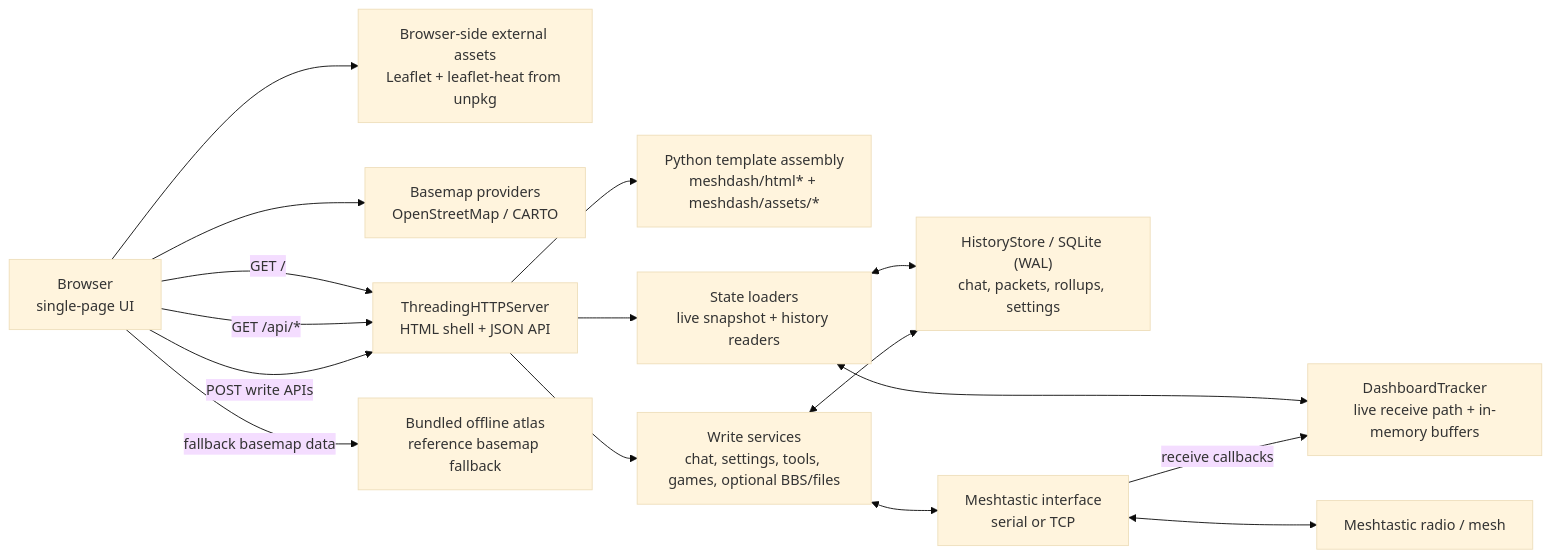
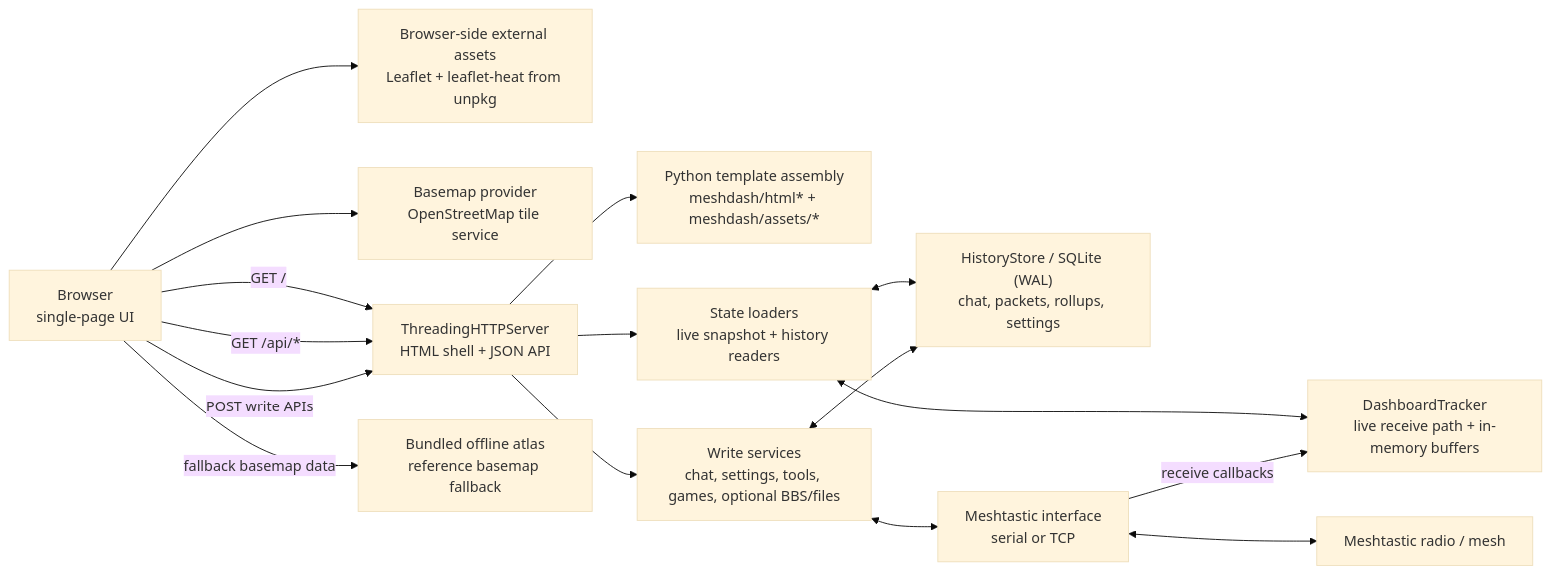
The diagram in README.md (NordicDevelopment-org/NDI_Meshface), drawn with Mermaid (base theme) before and after one commit. The commit also changed other lines of this file and 3 other files, not shown here.

Commit message:
Switch dark basemap from CARTO to OSM tiles

````diff
--- a/README.md
+++ b/README.md
@@ -43,31 +43,31 @@
 ```mermaid
 flowchart LR
   Browser["Browser<br/>single-page UI"]
   CDN["Browser-side external assets<br/>Leaflet + leaflet-heat from unpkg"]
-  Tiles["Basemap providers<br/>OpenStreetMap / CARTO"]
+  Tiles["Basemap provider<br/>OpenStreetMap tile service"]
   Server["ThreadingHTTPServer<br/>HTML shell + JSON API"]
   Assets["Python template assembly<br/>meshdash/html* + meshdash/assets/*"]
   State["State loaders<br/>live snapshot + history readers"]
   Services["Write services<br/>chat, settings, tools, games, optional BBS/files"]
   Tracker["DashboardTracker<br/>live receive path + in-memory buffers"]
   History["HistoryStore / SQLite (WAL)<br/>chat, packets, rollups, settings"]
   Radio["Meshtastic interface<br/>serial or TCP"]
   Mesh["Meshtastic radio / mesh"]
   Atlas["Bundled offline atlas<br/>reference basemap fallback"]
 
   Browser -->|GET /| Server
   Browser -->|GET /api/*| Server
   Browser -->|POST write APIs| Server
   Browser --> CDN
   Browser --> Tiles
   Browser -->|fallback basemap data| Atlas
   Server --> Assets
   Server --> State
   Server --> Services
   State <--> Tracker
   State <--> History
   Services <--> History
   Services <--> Radio
   Radio <--> Mesh
   Radio -->|receive callbacks| Tracker
 ```
````
